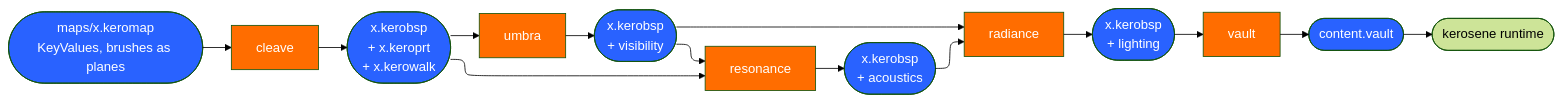
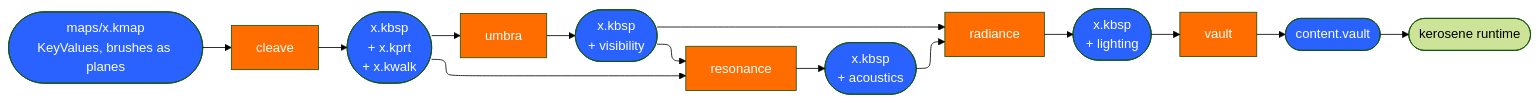
The first of 4 diagrams in src/devnotes/map-pipeline.md (T342guy/Kerosene), drawn with Mermaid (forest theme) before and after one commit. The commit also changed other lines of this file and 224 other files, not shown here.

````diff
--- a/src/devnotes/map-pipeline.md
+++ b/src/devnotes/map-pipeline.md
@@ -7,25 +7,25 @@
 ```mermaid
 ---
 config:
   layout: elk
 ---
 flowchart LR
-    map(["maps/x.keromap<br/>KeyValues, brushes as planes"]) --> cleave["cleave"]
-    cleave --> bsp0(["x.kerobsp<br/>+ x.keroprt<br/>+ x.kerowalk"])
+    map(["maps/x.kmap<br/>KeyValues, brushes as planes"]) --> cleave["cleave"]
+    cleave --> bsp0(["x.kbsp<br/>+ x.kprt<br/>+ x.kwalk"])
     bsp0 --> umbra["umbra"]
     bsp0 --> resonance["resonance"]
-    umbra --> bsp1(["x.kerobsp<br/>+ visibility"])
+    umbra --> bsp1(["x.kbsp<br/>+ visibility"])
     bsp1 --> resonance
-    resonance --> bsp2(["x.kerobsp<br/>+ acoustics"])
+    resonance --> bsp2(["x.kbsp<br/>+ acoustics"])
     bsp2 --> radiance["radiance"]
     bsp1 --> radiance
-    radiance --> bsp3(["x.kerobsp<br/>+ lighting"])
+    radiance --> bsp3(["x.kbsp<br/>+ lighting"])
     bsp3 --> vault["vault"]
     vault --> archive(["content.vault"])
     archive --> engine(["kerosene runtime"])
 
     classDef tool fill:#FF6D00,color:#fff
     classDef file fill:#2962FF,color:#fff
     class cleave,umbra,resonance,radiance,vault tool
     class map,bsp0,bsp1,bsp2,bsp3,archive file
 ```
````
